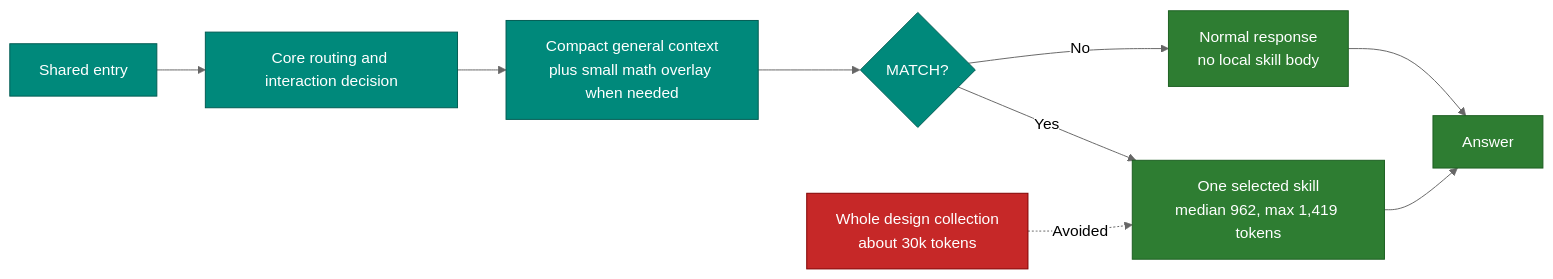
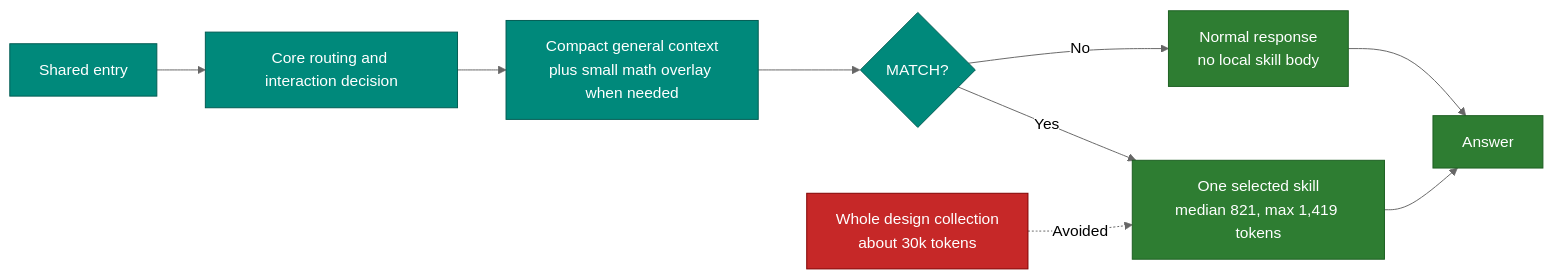
Before and after one commit to geekybobz/skills_ai: the first of 2 diagrams in docs/human/05_SPEED_AND_TROUBLESHOOTING.md, drawn with Mermaid (neutral theme). The commit also changed other lines of this file and 52 other files, not shown here.

````diff
--- a/docs/human/05_SPEED_AND_TROUBLESHOOTING.md
+++ b/docs/human/05_SPEED_AND_TROUBLESHOOTING.md
@@ -13,18 +13,18 @@
 ```mermaid
 flowchart LR
     E["Shared entry"] --> R["Core routing and interaction decision"]
     R --> P["Compact general context<br/>plus small math overlay when needed"]
     P --> M{"MATCH?"}
     M -- "No" --> N["Normal response<br/>no local skill body"]
-    M -- "Yes" --> S["One selected skill<br/>median 962, max 1,419 tokens"]
+    M -- "Yes" --> S["One selected skill<br/>median 821, max 1,419 tokens"]
     N --> A["Answer"]
     S --> A
     WHOLE["Whole design collection<br/>about 30k tokens"] -. "Avoided" .-> S
 
     classDef measure fill:#00897B,color:#fff,stroke:#005B52
     classDef safe fill:#2E7D32,color:#fff,stroke:#1B5E20
     classDef avoided fill:#C62828,color:#fff,stroke:#7F0000
     class E,R,P,M measure
     class N,S,A safe
     class WHOLE avoided
 ```
````
